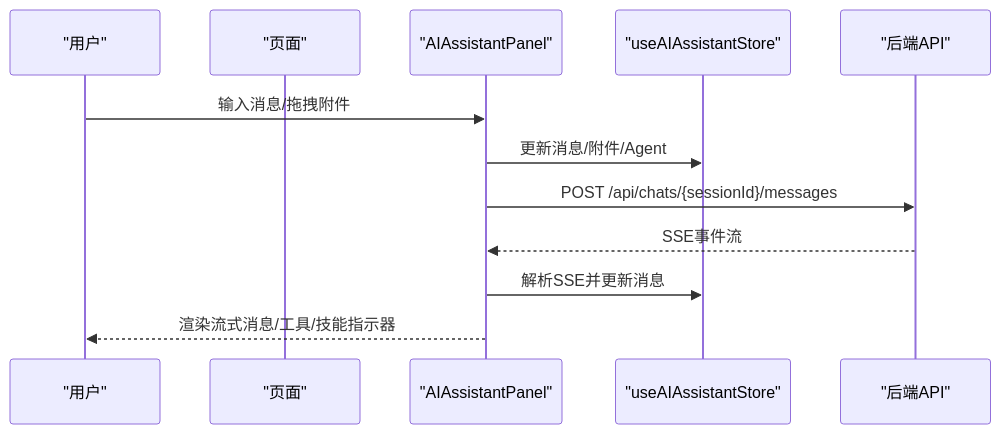
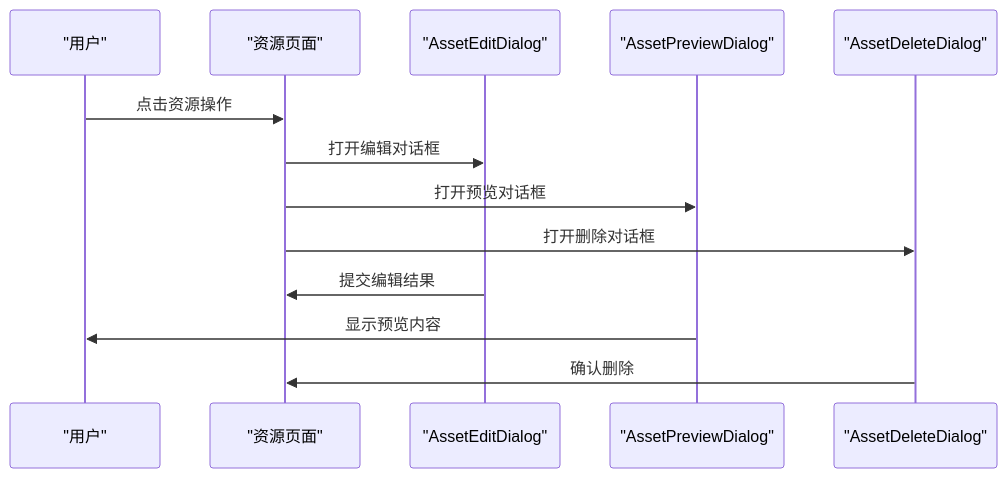
One commit to KunLabAI/KunFlix changed the fifth of 6 diagrams in .qoder/repowiki/zh/content/前端组件系统/前端组件系统.md. Above: the diagram before and after it, drawn with Mermaid. The commit also changed other lines of this file and 5 other files, not shown here.

````diff
--- a/.qoder/repowiki/zh/content/前端组件系统/前端组件系统.md
+++ b/.qoder/repowiki/zh/content/前端组件系统/前端组件系统.md
@@ -192,14 +282,15 @@
 ```mermaid
 sequenceDiagram
 participant U as "用户"
-participant P as "页面"
-participant A as "AIAssistantPanel"
-participant S as "useAIAssistantStore"
-participant API as "后端API"
-U->>A : 输入消息/拖拽附件
-A->>S : 更新消息/附件/Agent
-A->>API : POST /api/chats/{sessionId}/messages
-API-->>A : SSE事件流
-A->>S : 解析SSE并更新消息
-A-->>U : 渲染流式消息/工具/技能指示器
+participant RP as "资源页面"
+participant AED as "AssetEditDialog"
+participant APD as "AssetPreviewDialog"
+participant ADD as "AssetDeleteDialog"
+U->>RP : 点击资源操作
+RP->>AED : 打开编辑对话框
+RP->>APD : 打开预览对话框
+RP->>ADD : 打开删除对话框
+AED->>RP : 提交编辑结果
+APD->>U : 显示预览内容
+ADD->>RP : 确认删除
 ```
````
